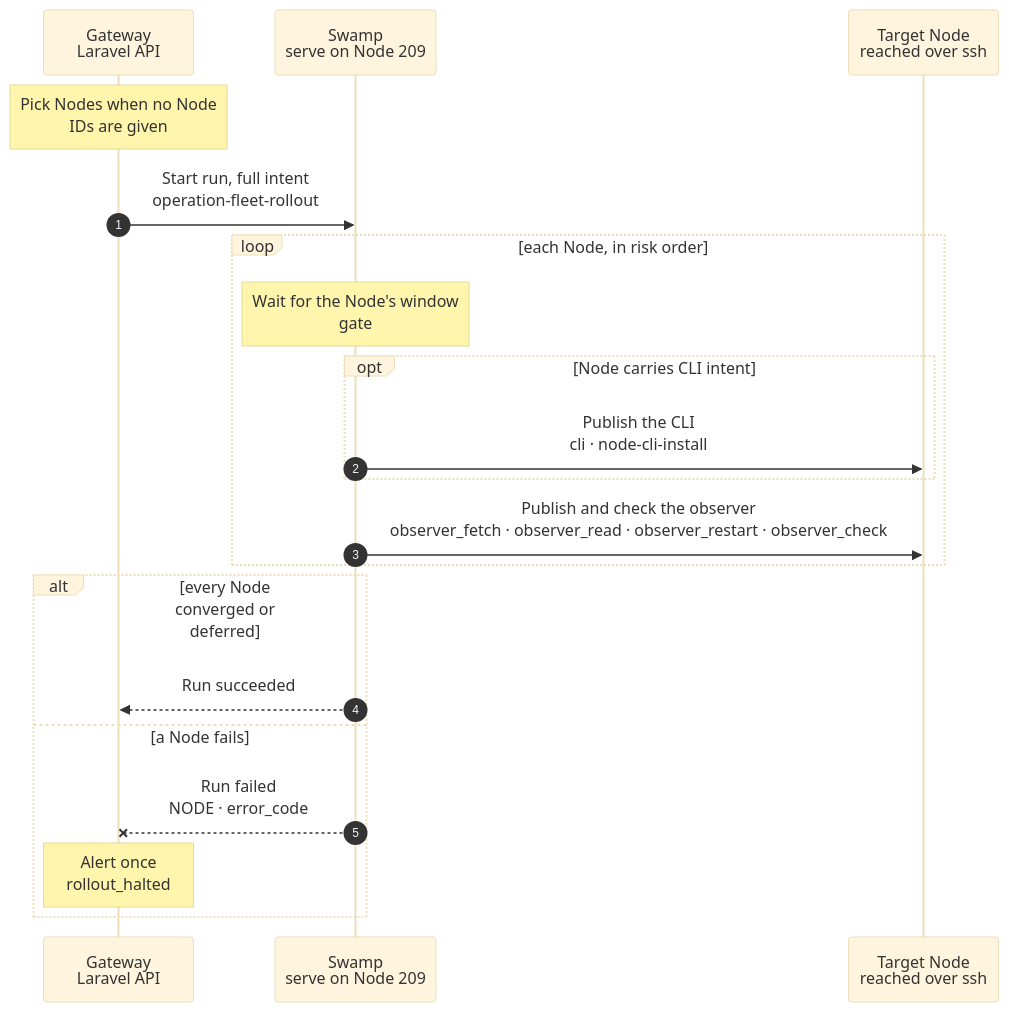
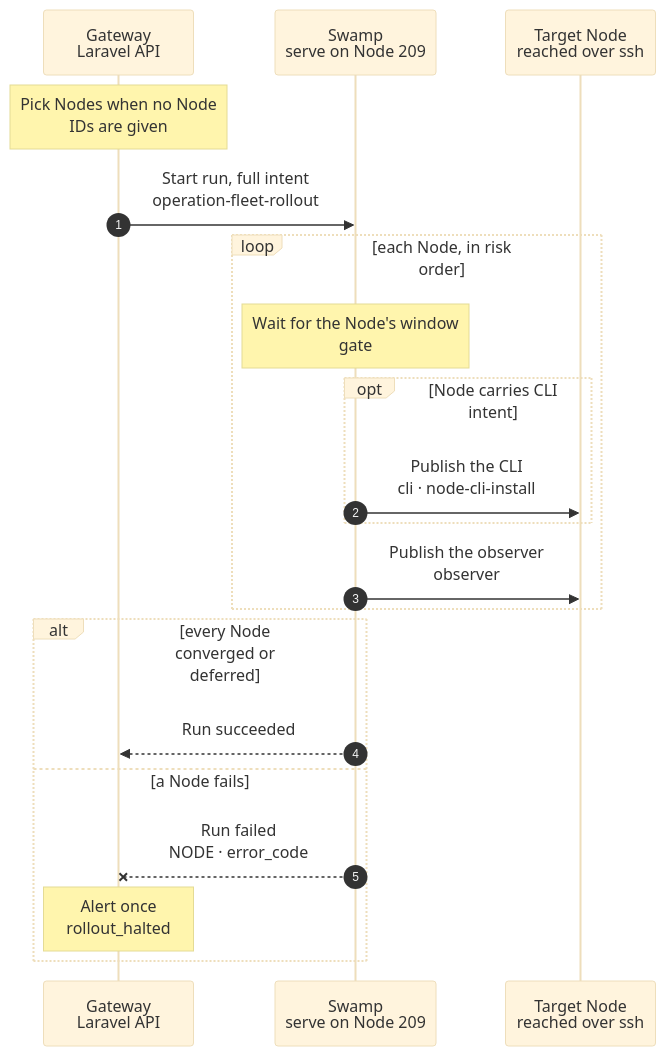
The diagram in docs/cli/fleet/rollout.mmd (hardimpactdev/orbit), drawn with Mermaid (base theme) before and after one commit. The commit also changed 21 other files, not shown here.

```diff
--- a/docs/cli/fleet/rollout.mmd
+++ b/docs/cli/fleet/rollout.mmd
@@ -1,61 +1,61 @@
 sequenceDiagram
   %% Target design: fleet maintenance redesign 2026-11-03 (each Node visit runs node:converge); R3c: no rollout records, Swamp run history is the record. docs/reference/gateway-recovery.md#fleet-rollout.
   %% status: draft
   %% command: orbit fleet:rollout
   %% kind: fleet.rollout
   autonumber
   %% lane GW icon=gateway pill=intent tone=blue
   %% lane SW icon=workflow pill=executes tone=green
   %% lane N icon=server pill=target tone=amber
   participant GW as Gateway<br/>Laravel API
   participant SW as Swamp<br/>serve on Node 209
   participant N as Target Node<br/>reached over ssh
   Note over GW: Pick Nodes when no Node<br/>IDs are given
   %%> When:
   %%> - when the Gateway records a release `verified`: it queues one admission
   %%> - once a day at 03:05 Europe/Amsterdam, when the window of the other Nodes opens; the schedule only queues the admission
   %%> - when an operator runs `orbit fleet:rollout`
   %%> - always while `ORBIT_FLEET_ROLLOUT=true`, and only for a commit whose Gateway release is verified
   %%> Decided by the orchestrator, for Nick's review:
   %%> - the verified release admits the rollout, as `gateway:release:deploy` says; the deleted `fleet-maintenance` schedule did it each minute until 2026-11-06
   %%> - most releases land outside the window, so a daily pass at window open visits the Nodes they deferred
   %%> - the admission waits while another rollout runs; Nodes without CLI intent need no CLI release
   %%> - a Node with CLI intent waits for its CLI release; this does not hold back Nodes without CLI intent
   %%> Picks:
   %%> - a Node whose last visit for this commit did not converge it, a drifted Node, or a Node not visited yet
   %%> - at most once per 5 minutes per Node; the last visit is read from earlier rollout results
   %%> - no Node after a failed Node that still waits its 5 minutes
   %%> - in risk order: `app-dev`, then `ci-runner` `metrics` `analytics`, then `database` `websocket` `vpn` `router`, then `app-prod` `ingress`
   GW->>SW: Start run, full intent<br/>operation-fleet-rollout
   %%> Input:
   %%> - the commit, the agent pin and each picked Node; CLI intent only for Nodes that require it
   %%> Requirements:
   %%> - no other rollout is running
   loop each Node, in risk order
     Note over SW: Wait for the Node's window<br/>gate
     %%> Why:
     %%> - `app-dev`-only Nodes go at any hour; others only 03:00–06:00 Europe/Amsterdam
     %%> - a closed window defers the Node to a later pass; it is not a failure
     opt Node carries CLI intent
       SW->>N: Publish the CLI<br/>cli · node-cli-install
       %%> What it does:
       %%> - the Gateway uses the shared CLI eligibility rule; failed publication stops this Node
     end
-    SW->>N: Publish and check the observer<br/>observer_fetch · observer_read · observer_restart · observer_check
+    SW->>N: Publish the observer<br/>observer
     %%> What it does:
     %%> - a Node without CLI intent skips the CLI child and publishes its observer independently
     %%> - the running digest and active unit prove the pinned observer
   end
   alt every Node converged or deferred
     SW-->>GW: Run succeeded
     %%> Result:
     %%> - the Operation result lists each Node's outcome; the next pass reads it
   else a Node fails
     SW--xGW: Run failed<br/>NODE · error_code
     %%> Why stop:
     %%> - later Nodes are not visited, so one bad release breaks at most one Node
     Note over GW: Alert once<br/>rollout_halted
     %%> Retry:
     %%> - fix the cause; the next pass (a verified release, the daily window pass or an operator) starts again at this Node
     %%> - retries raise no new alert for the same Node, commit and error
   end
```
